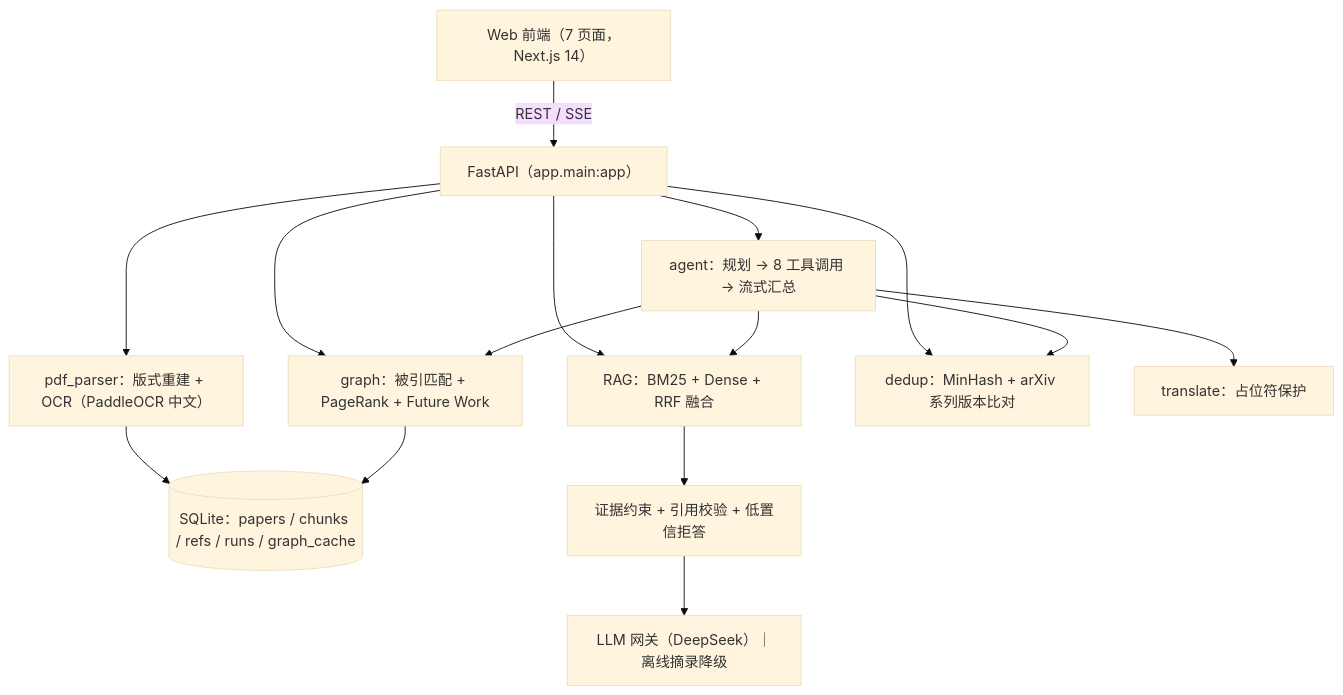
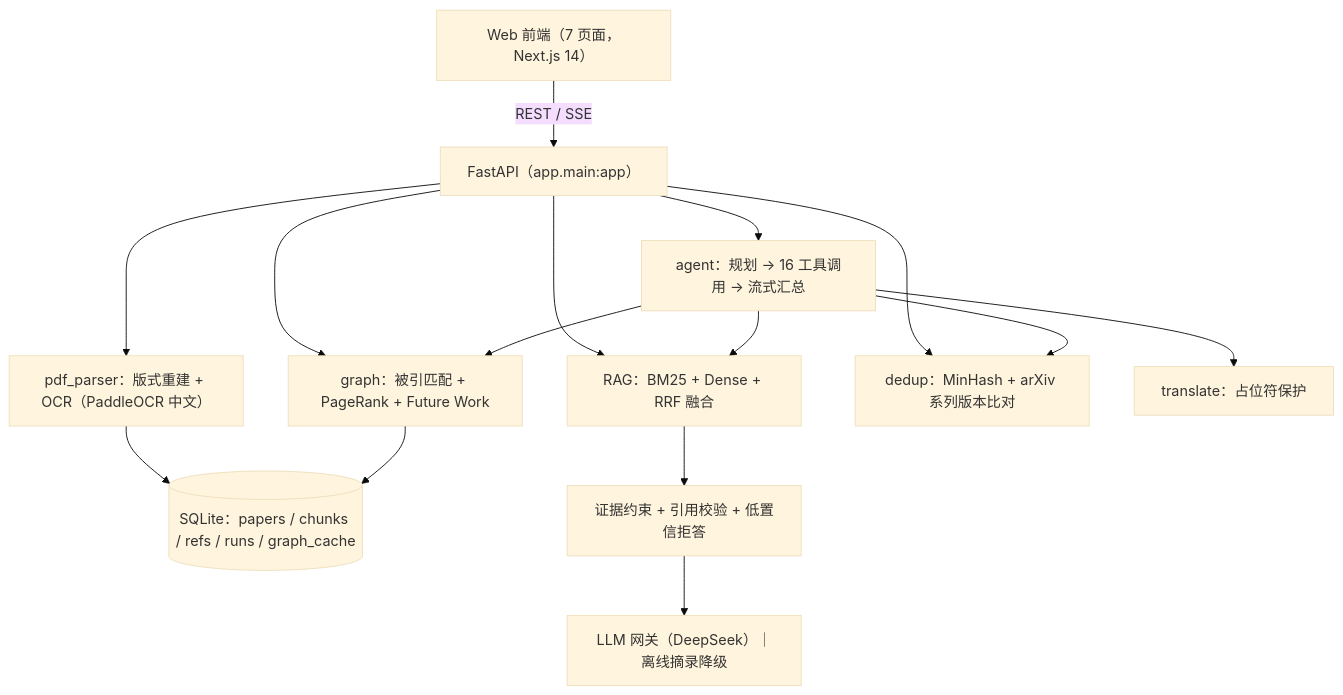
One commit to zyt88888/research-copilot changed the diagram in README.md. Above: the diagram before and after it, drawn with Mermaid (base theme). The commit also changed other lines of this file and 26 other files, not shown here.

First line of the commit message:
补齐缺失能力：图表理解、长文档分层检索、Semantic Scholar 双源、移动端适配与检索基准

````diff
--- a/README.md
+++ b/README.md
@@ -275,14 +318,14 @@
 ```mermaid
 flowchart TD
     UI["Web 前端（7 页面，Next.js 14）"] -->|REST / SSE| API["FastAPI（app.main:app）"]
     API --> PARSE["pdf_parser：版式重建 + OCR（PaddleOCR 中文）"]
     PARSE --> DB[("SQLite：papers / chunks / refs / runs / graph_cache")]
     API --> RAG["RAG：BM25 + Dense + RRF 融合"]
     RAG --> GUARD["证据约束 + 引用校验 + 低置信拒答"]
     GUARD --> LLM["LLM 网关（DeepSeek）｜离线摘录降级"]
     API --> GRAPH["graph：被引匹配 + PageRank + Future Work"]
     GRAPH --> DB
     API --> DEDUP["dedup：MinHash + arXiv 系列版本比对"]
-    API --> AGENT["agent：规划 → 8 工具调用 → 流式汇总"]
+    API --> AGENT["agent：规划 → 16 工具调用 → 流式汇总"]
     AGENT --> RAG & GRAPH & DEDUP & TRANS["translate：占位符保护"]
 ```
````
